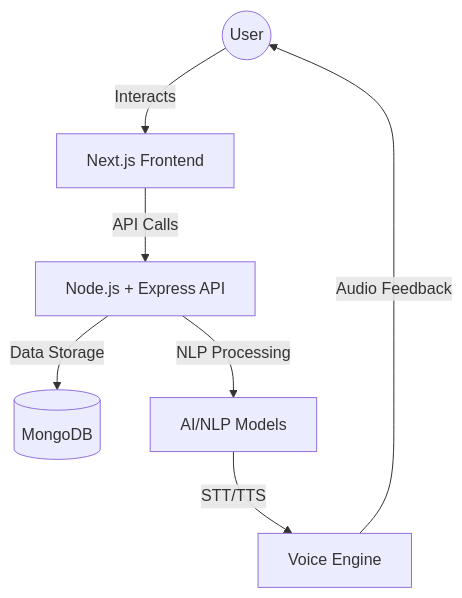
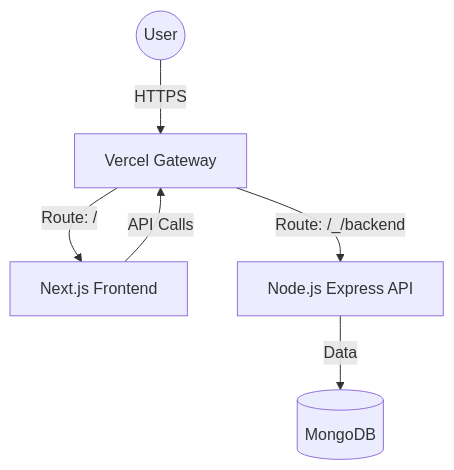
The diagram in README.md (santanu949/Nyayasetu-Gateway-of-Justice), drawn with Mermaid before and after one commit. The commit also changed other lines of this file, not shown here.

Commit message:
Update README with Vercel deployment instructions

````diff
--- a/README.md
+++ b/README.md
@@ -45,9 +45,8 @@
 ```mermaid
 graph TD
-    User((User)) -->|Interacts| Frontend[Next.js Frontend]
-    Frontend -->|API Calls| Backend[Node.js + Express API]
-    Backend -->|Data Storage| DB[(MongoDB)]
-    Backend -->|NLP Processing| AI[AI/NLP Models]
-    AI -->|STT/TTS| Voice[Voice Engine]
-    Voice -->|Audio Feedback| User
+    User((User)) -->|HTTPS| Vercel[Vercel Gateway]
+    Vercel -->|Route: /| Frontend[Next.js Frontend]
+    Vercel -->|Route: /_/backend| Backend[Node.js Express API]
+    Backend -->|Data| DB[(MongoDB)]
+    Frontend -->|API Calls| Vercel
 ```
````
